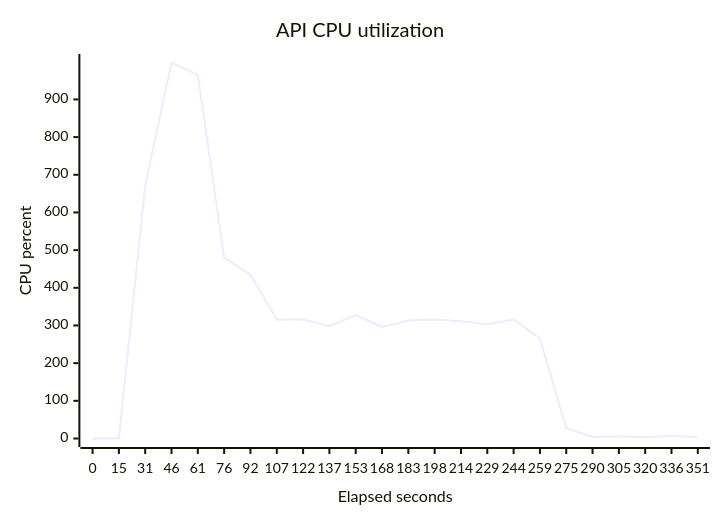
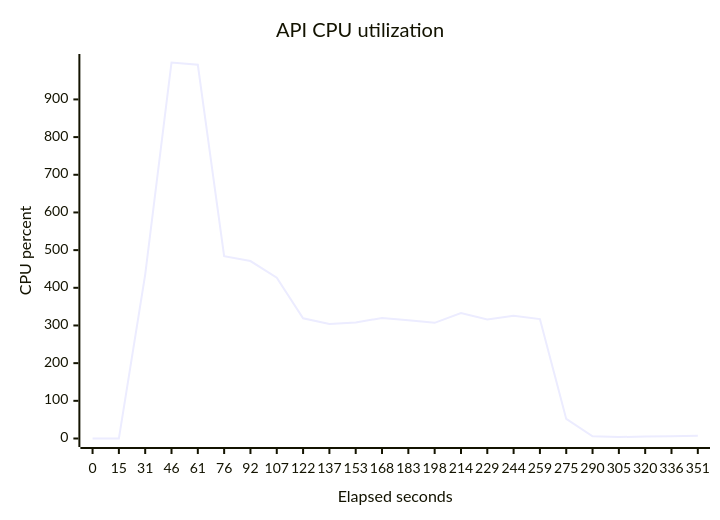
Before and after one commit to Kartik-Hirijaganer/FraudLens: the second of 2 diagrams in docs/reference/benchmarks/k8s-hpa-scaling.md, drawn with Mermaid. The commit also changed other lines of this file and 84 other files, not shown here.

````diff
--- a/docs/reference/benchmarks/k8s-hpa-scaling.md
+++ b/docs/reference/benchmarks/k8s-hpa-scaling.md
@@ -24,7 +24,7 @@
 ```mermaid
 xychart-beta
     title "API CPU utilization"
     x-axis "Elapsed seconds" [0, 15, 31, 46, 61, 76, 92, 107, 122, 137, 153, 168, 183, 198, 214, 229, 244, 259, 275, 290, 305, 320, 336, 351]
     y-axis "CPU percent" 0 --> 998
-    line [0, 0, 671, 998, 965, 480, 435, 316, 316, 298, 328, 296, 313, 316, 311, 303, 316, 265, 28, 4, 6, 3, 7, 3]
+    line [0, 0, 435, 998, 992, 484, 471, 427, 319, 304, 308, 320, 314, 307, 333, 316, 326, 317, 52, 6, 4, 5, 6, 7]
 ```
````
